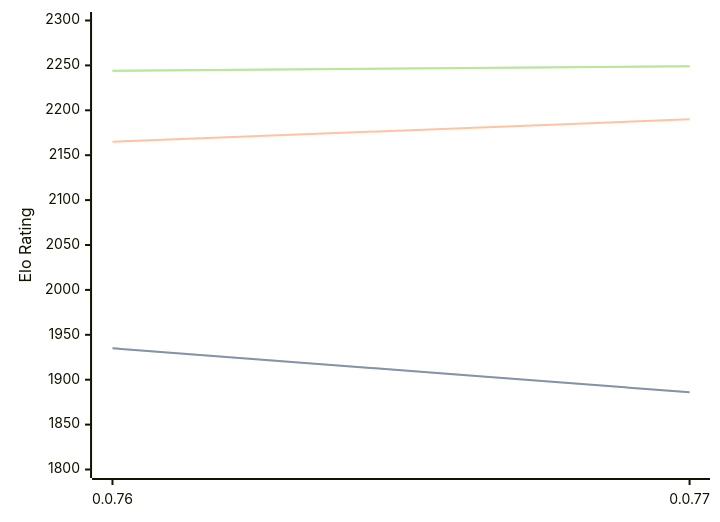
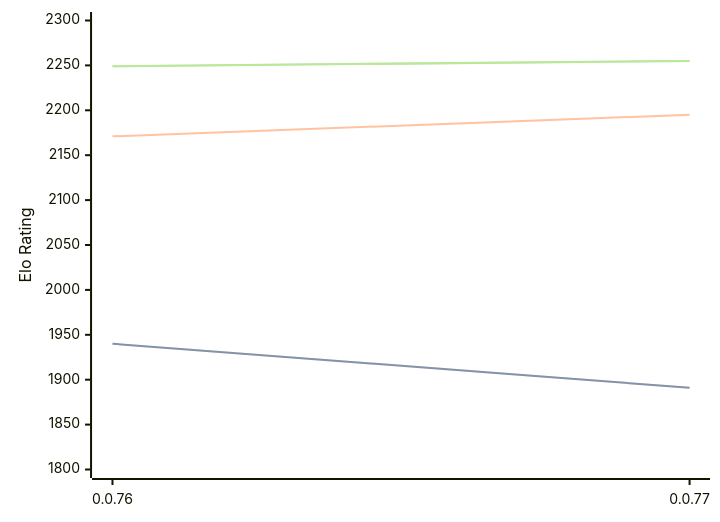
One commit to computer-chess-index/cci changed the diagram in engines/Fktb.md. Above: the diagram before and after it, drawn with Mermaid. The commit also changed other lines of this file, not shown here.

Commit message:
Update CCI Ratings (ELO VLTC) - 2026-04-14

````diff
--- a/engines/Fktb.md
+++ b/engines/Fktb.md
@@ -32,11 +32,11 @@
 ```mermaid
 %%{init: {"theme":"base","themeVariables":{"seriesColors:['#a3a3a3','#222221','#faa371']}}}%%
 xychart-beta
   x-axis ["0.0.76", "0.0.77"]
   y-axis "Elo Rating" 1800 --> 2300
-  line "STC (8.0+0.08s)" [1935, 1886]
-  line "STC (8.0+0.08s)" [1935, 1886]
-  line "LTC (60.0+0.60s)" [2165, 2190]
-  line "VLTC (2m24s+1.12s)" [2244, 2249]
-  line "VLTC (2m24s+1.12s)" [2244, 2249]
+  line "STC (8.0+0.08s)" [1940, 1891]
+  line "STC (8.0+0.08s)" [1940, 1891]
+  line "LTC (60.0+0.60s)" [2171, 2195]
+  line "VLTC (2m24s+1.12s)" [2249, 2255]
+  line "VLTC (2m24s+1.12s)" [2249, 2255]
 ```
````
